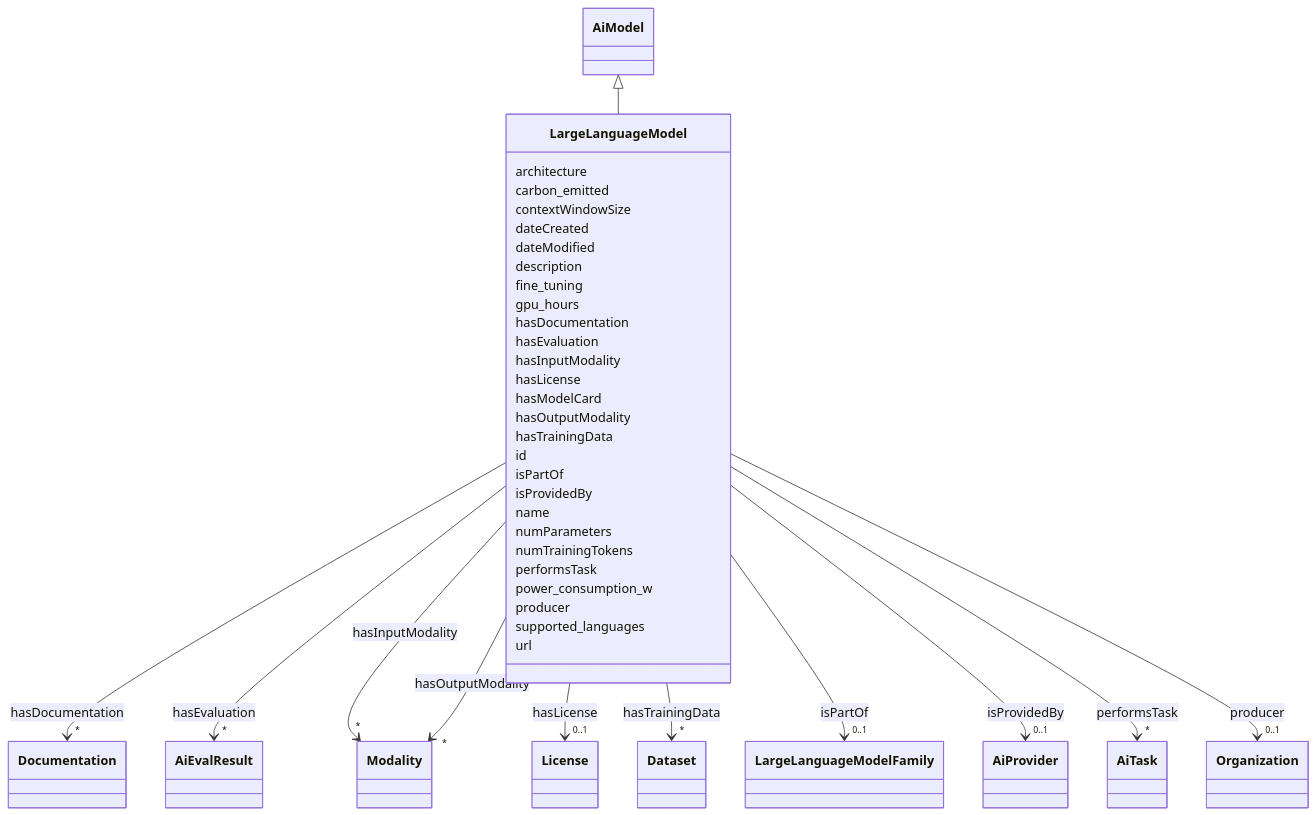
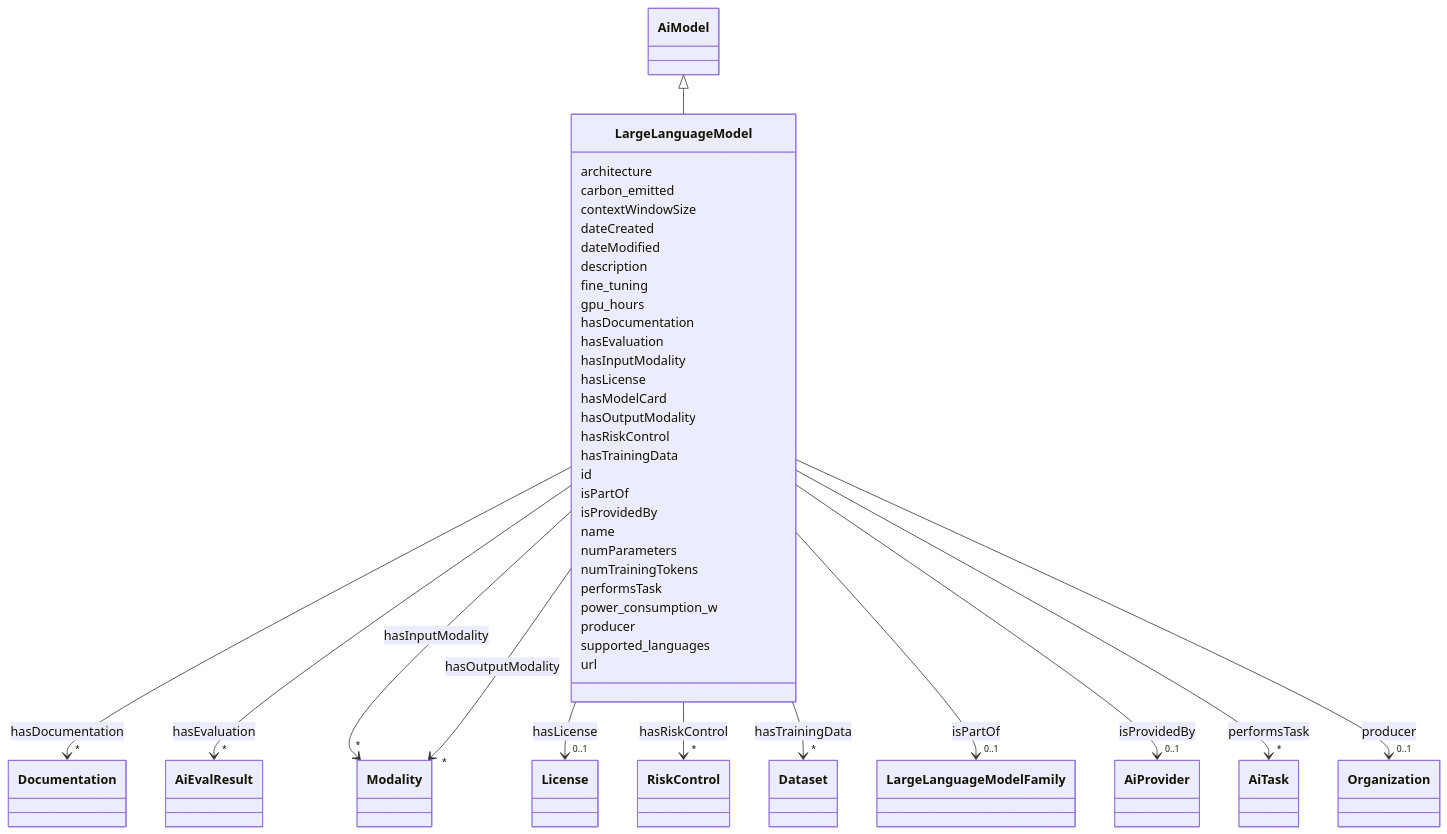
Before and after one commit to zrlfba/risk-atlas-nexus: the diagram in docs/ontology/LargeLanguageModel.md, drawn with Mermaid. The commit also changed other lines of this file and 49 other files, not shown here.

```diff
--- a/docs/ontology/LargeLanguageModel.md
+++ b/docs/ontology/LargeLanguageModel.md
@@ -86,6 +86,15 @@
     click Modality href "../Modality"
 
         
+      LargeLanguageModel : hasRiskControl
+        
+          
+    
+    
+    LargeLanguageModel --> "*" RiskControl : hasRiskControl
+    click RiskControl href "../RiskControl"
+
+        
       LargeLanguageModel : hasTrainingData
         
           
```
